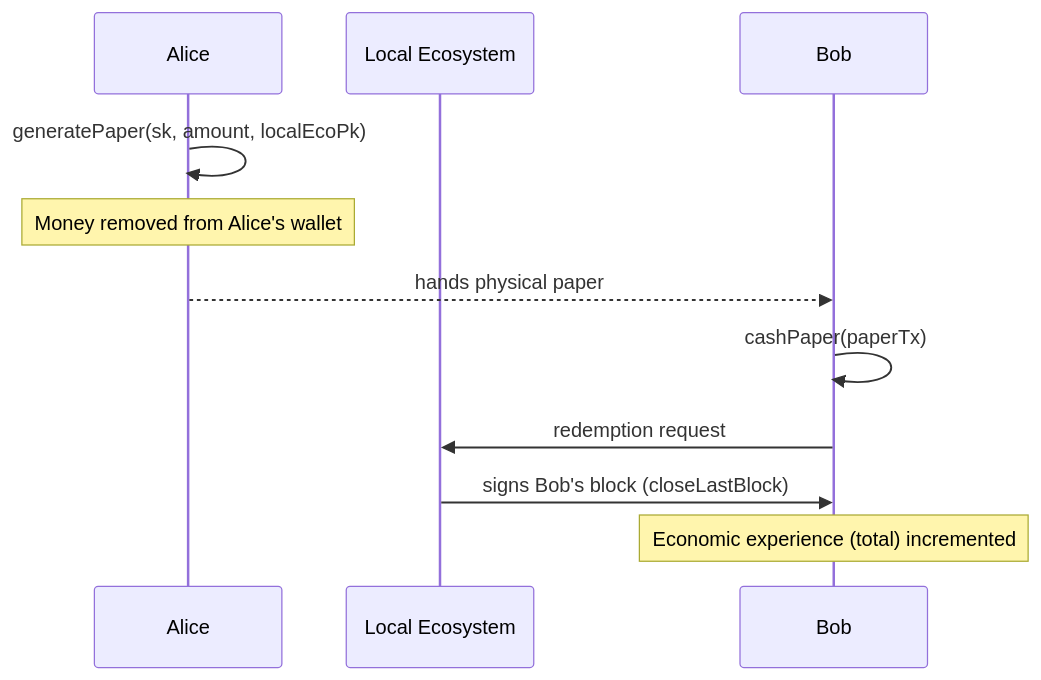
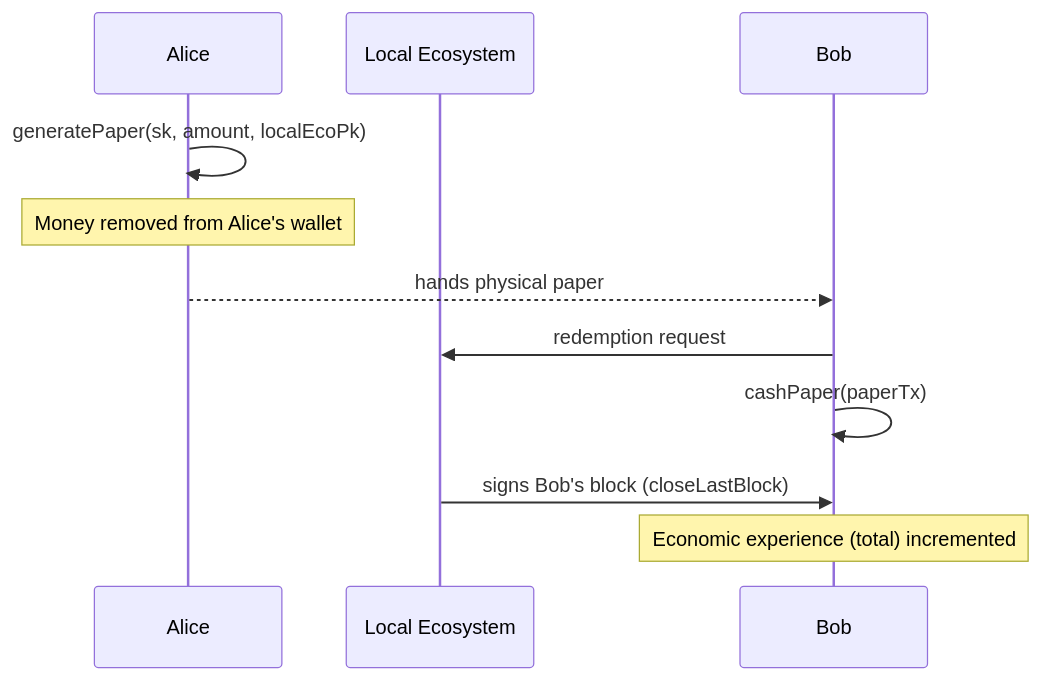
The fourth of 4 diagrams in README.md (OrganicEconomy/organic-money.js), drawn with Mermaid before and after one commit. The commit also changed other lines of this file, not shown here.

````diff
--- a/README.md
+++ b/README.md
@@ -181,15 +181,15 @@
 ```mermaid
 sequenceDiagram
     participant Alice
     participant LocalEco as Local Ecosystem
     participant Bob
 
     Alice->>Alice: generatePaper(sk, amount, localEcoPk)
     Note over Alice: Money removed from Alice's wallet
     Alice-->>Bob: hands physical paper
 
+    Bob->>LocalEco: redemption request
     Bob->>Bob: cashPaper(paperTx)
-    Bob->>LocalEco: redemption request
     LocalEco->>Bob: signs Bob's block (closeLastBlock)
     Note over Bob: Economic experience (total) incremented
 ```
````
